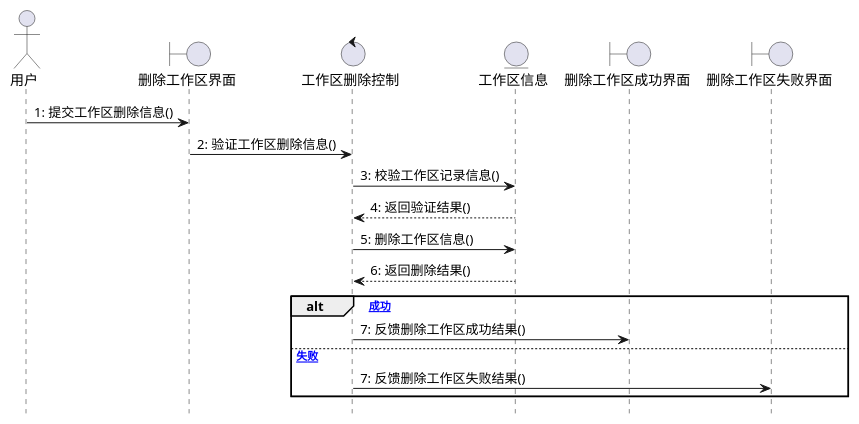
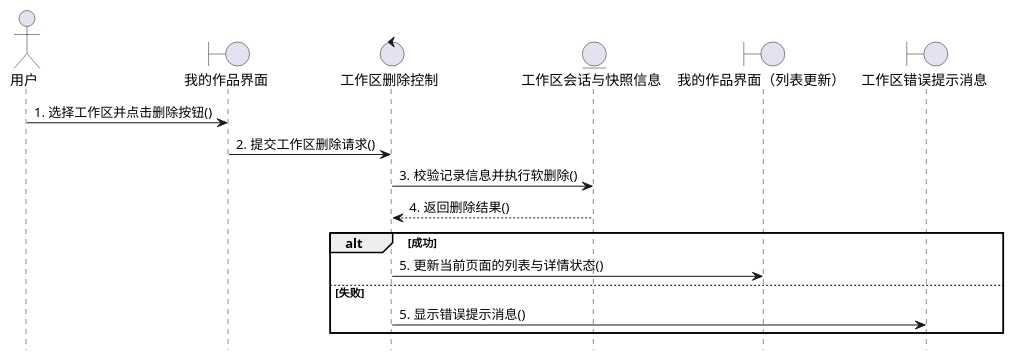
Diagram 14 of 16 in doc/paper.md (LyferLu/Artie), drawn with PlantUML before and after one commit. The commit also changed other lines of this file, not shown here.

````diff
--- a/doc/paper.md
+++ b/doc/paper.md
@@ -1055,23 +1075,21 @@
 ```plantuml
 @startuml
 hide footbox
 actor 用户
-boundary "删除工作区界面" as B12
+boundary "我的作品界面" as B12
 control "工作区删除控制" as C12
-entity "工作区信息" as E12
-boundary "删除工作区成功界面" as BS12
-boundary "删除工作区失败界面" as BF12
+entity "工作区会话与快照信息" as E12
+boundary "我的作品界面（列表更新）" as BS12
+boundary "工作区错误提示消息" as BF12
 
-用户 -> B12 : 1: 提交工作区删除信息()
-B12 -> C12 : 2: 验证工作区删除信息()
-C12 -> E12 : 3: 校验工作区记录信息()
-E12 --> C12 : 4: 返回验证结果()
-C12 -> E12 : 5: 删除工作区信息()
-E12 --> C12 : 6: 返回删除结果()
-alt [成功]
-  C12 -> BS12 : 7: 反馈删除工作区成功结果()
-else [失败]
-  C12 -> BF12 : 7: 反馈删除工作区失败结果()
+用户 -> B12 : 1. 选择工作区并点击删除按钮()
+B12 -> C12 : 2. 提交工作区删除请求()
+C12 -> E12 : 3. 校验记录信息并执行软删除()
+E12 --> C12 : 4. 返回删除结果()
+alt 成功
+  C12 -> BS12 : 5. 更新当前页面的列表与详情状态()
+else 失败
+  C12 -> BF12 : 5. 显示错误提示消息()
 end
 @enduml
 ```
````
